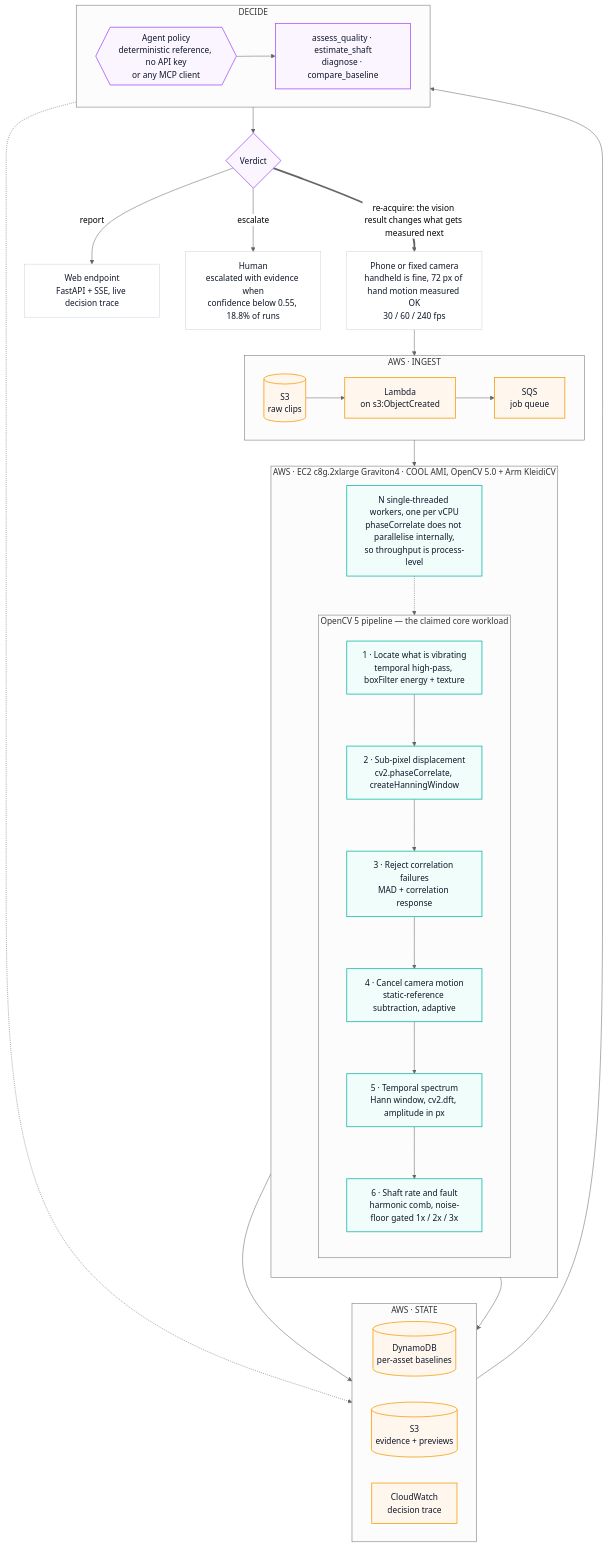
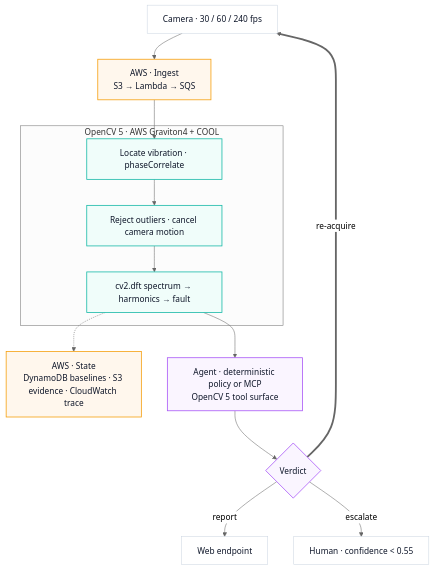
Before and after one commit to TusharTechs/tremorcv: the diagram in README.md, drawn with Mermaid (neutral theme). The commit also changed 2 other files, not shown here.

````diff
--- a/README.md
+++ b/README.md
@@ -51,71 +51,30 @@
 ```mermaid
 flowchart TB
-  CAM["Phone or fixed camera<br/>handheld is fine, 72 px of hand motion measured OK<br/>30 / 60 / 240 fps"]
-
-  subgraph ING["AWS · INGEST"]
-    direction LR
-    S3R[("S3<br/>raw clips")]
-    LAM["Lambda<br/>on s3:ObjectCreated"]
-    SQS["SQS<br/>job queue"]
-    S3R --> LAM
-    LAM --> SQS
+  CAM["Camera · 30 / 60 / 240 fps"]
+  ING["AWS · Ingest<br/>S3 → Lambda → SQS"]
+  subgraph CMP["OpenCV 5 · AWS Graviton4 + COOL"]
+    P1["Locate vibration · phaseCorrelate"]
+    P2["Reject outliers · cancel camera motion"]
+    P3["cv2.dft spectrum → harmonics → fault"]
+    P1 --> P2 --> P3
   end
-
-  subgraph CMP["AWS · EC2 c8g.2xlarge Graviton4 · COOL AMI, OpenCV 5.0 + Arm KleidiCV"]
-    direction TB
-    W["N single-threaded workers, one per vCPU<br/>phaseCorrelate does not parallelise internally,<br/>so throughput is process-level"]
-    subgraph CV["OpenCV 5 pipeline — the claimed core workload"]
-      direction TB
-      P1["1 · Locate what is vibrating<br/>temporal high-pass, boxFilter energy + texture"]
-      P2["2 · Sub-pixel displacement<br/>cv2.phaseCorrelate, createHanningWindow"]
-      P3["3 · Reject correlation failures<br/>MAD + correlation response"]
-      P4["4 · Cancel camera motion<br/>static-reference subtraction, adaptive"]
-      P5["5 · Temporal spectrum<br/>Hann window, cv2.dft, amplitude in px"]
-      P6["6 · Shaft rate and fault<br/>harmonic comb, noise-floor gated 1x / 2x / 3x"]
-      P1 --> P2
-      P2 --> P3
-      P3 --> P4
-      P4 --> P5
-      P5 --> P6
-    end
-    W -.-> P1
-  end
-
-  subgraph ST["AWS · STATE"]
-    direction LR
-    DDB[("DynamoDB<br/>per-asset baselines")]
-    S3E[("S3<br/>evidence + previews")]
-    CW["CloudWatch<br/>decision trace"]
-  end
-
-  subgraph AG["DECIDE"]
-    direction LR
-    POL{{"Agent policy<br/>deterministic reference, no API key<br/>or any MCP client"}}
-    TOOL["assess_quality · estimate_shaft<br/>diagnose · compare_baseline"]
-    POL --> TOOL
-  end
-
+  ST["AWS · State<br/>DynamoDB baselines · S3 evidence · CloudWatch trace"]
+  AG["Agent · deterministic policy or MCP<br/>OpenCV 5 tool surface"]
   VER{"Verdict"}
-  UI["Web endpoint<br/>FastAPI + SSE, live decision trace"]
-  HUM["Human<br/>escalated with evidence when<br/>confidence below 0.55, 18.8% of runs"]
-
-  CAM --> S3R
-  SQS --> P1
-  P6 --> DDB
-  P6 --> S3E
-  DDB --> POL
-  TOOL --> VER
-  TOOL -.-> CW
+  UI["Web endpoint"]
+  HUM["Human · confidence &lt; 0.55"]
+  CAM --> ING --> P1
+  P3 --> AG --> VER
+  P3 -.-> ST
   VER -->|report| UI
   VER -->|escalate| HUM
-  VER ==>|"re-acquire: the vision result changes what gets measured next"| CAM
-
+  VER ==>|re-acquire| CAM
   classDef aws fill:#fff7ed,stroke:#f59e0b,stroke-width:1.5px,color:#0f172a
   classDef cv fill:#f0fdfa,stroke:#14b8a6,stroke-width:1.5px,color:#0f172a
   classDef ag fill:#faf5ff,stroke:#a855f7,stroke-width:1.5px,color:#0f172a
   classDef pl fill:#ffffff,stroke:#cbd5e1,color:#0f172a
-  class S3R,LAM,SQS,DDB,S3E,CW aws
-  class P1,P2,P3,P4,P5,P6,W cv
-  class POL,TOOL,VER ag
+  class ING,ST aws
+  class P1,P2,P3 cv
+  class AG,VER ag
   class CAM,UI,HUM pl
 ```
````
